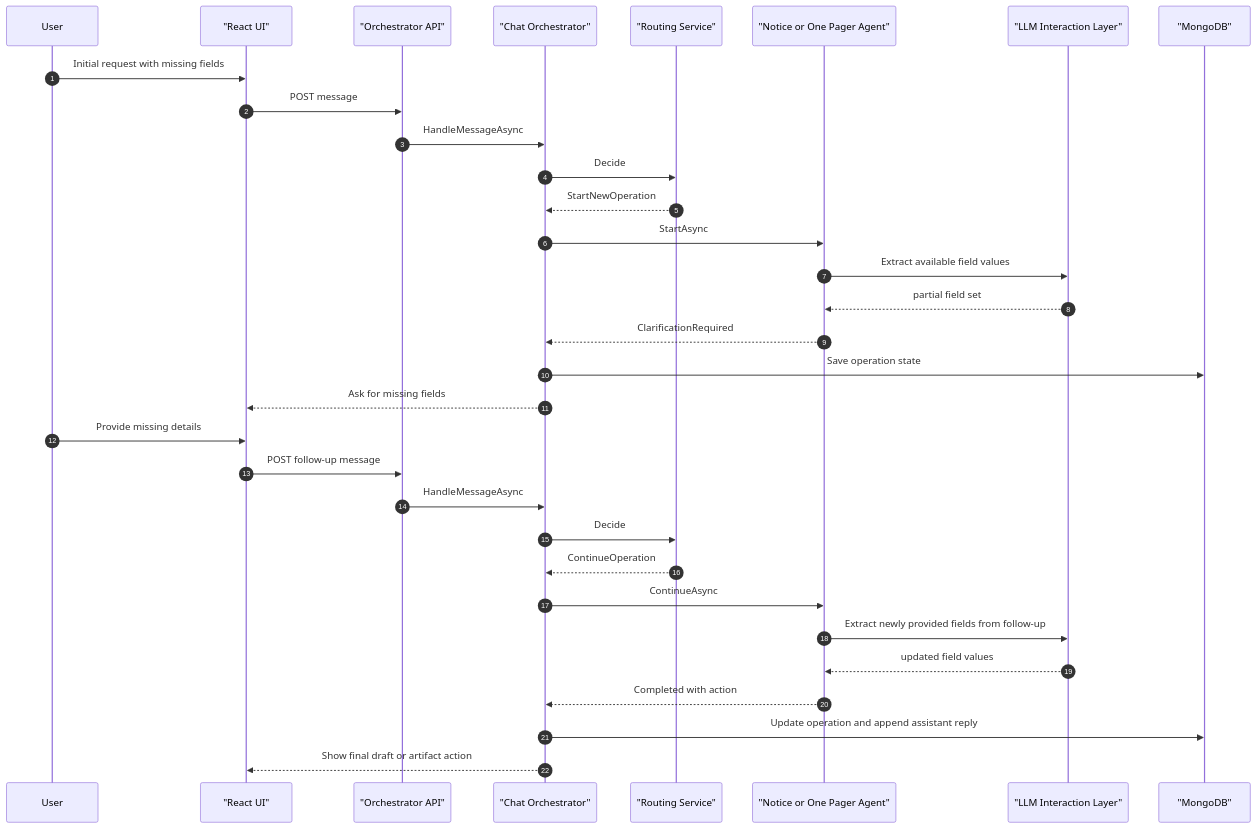
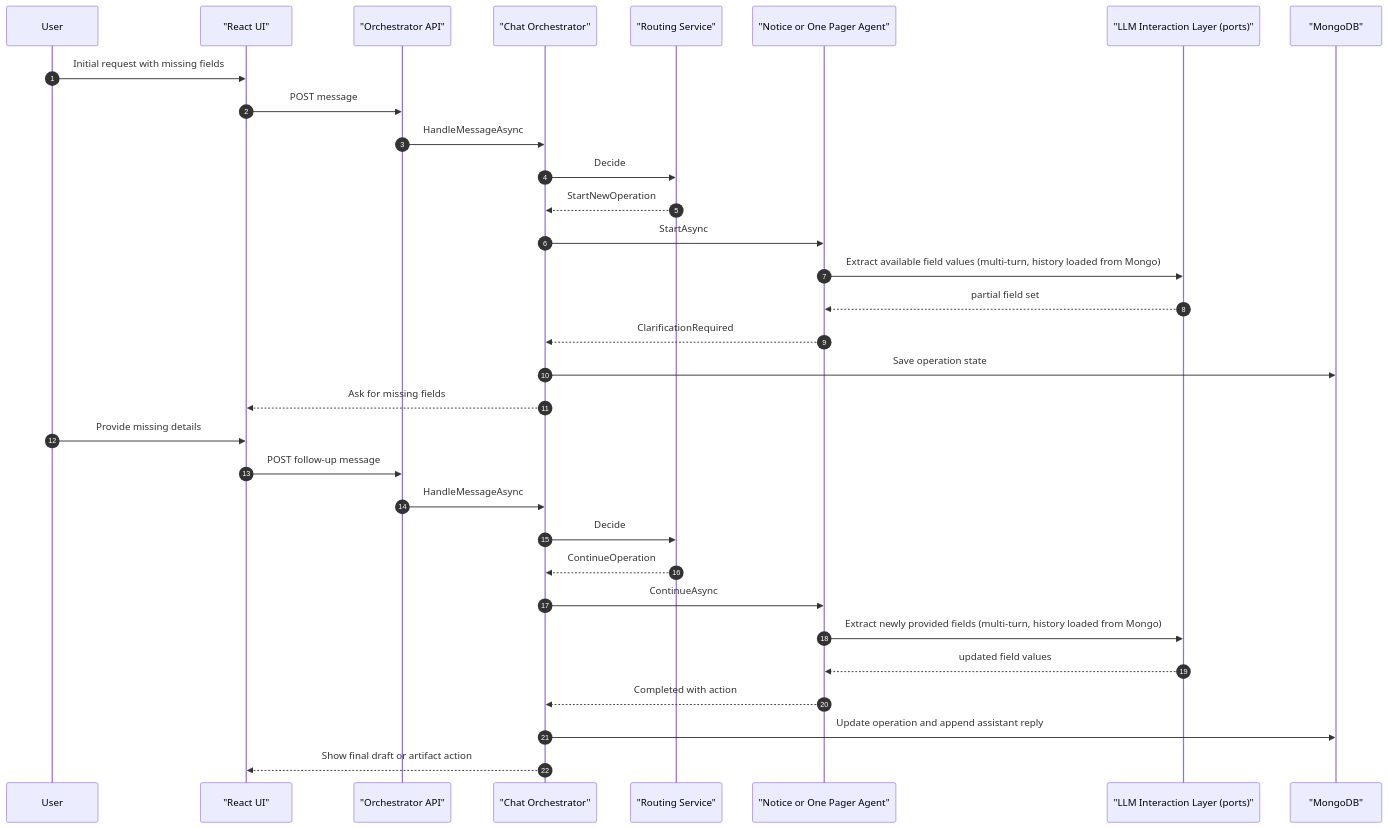
One commit to naveenpatilcbit/agentic-orchestrator changed diagram 11 of 15 in docs/system-design.md. Above: the diagram before and after it, drawn with Mermaid. The commit also changed other lines of this file, not shown here.

Commit message:
Update system design doc for clean architecture and multi-turn

````diff
--- a/docs/system-design.md
+++ b/docs/system-design.md
@@ -622,36 +635,36 @@
 ```mermaid
 sequenceDiagram
     autonumber
     participant U as User
     participant UI as "React UI"
     participant API as "Orchestrator API"
     participant CHAT as "Chat Orchestrator"
     participant ROUTER as "Routing Service"
     participant AGENT as "Notice or One Pager Agent"
-    participant LLM as "LLM Interaction Layer"
+    participant LLM as "LLM Interaction Layer (ports)"
     participant DB as "MongoDB"
 
     U->>UI: Initial request with missing fields
     UI->>API: POST message
     API->>CHAT: HandleMessageAsync
     CHAT->>ROUTER: Decide
     ROUTER-->>CHAT: StartNewOperation
     CHAT->>AGENT: StartAsync
-    AGENT->>LLM: Extract available field values
+    AGENT->>LLM: Extract available field values (multi-turn, history loaded from Mongo)
     LLM-->>AGENT: partial field set
     AGENT-->>CHAT: ClarificationRequired
     CHAT->>DB: Save operation state
     CHAT-->>UI: Ask for missing fields
 
     U->>UI: Provide missing details
     UI->>API: POST follow-up message
     API->>CHAT: HandleMessageAsync
     CHAT->>ROUTER: Decide
     ROUTER-->>CHAT: ContinueOperation
     CHAT->>AGENT: ContinueAsync
-    AGENT->>LLM: Extract newly provided fields from follow-up
+    AGENT->>LLM: Extract newly provided fields (multi-turn, history loaded from Mongo)
     LLM-->>AGENT: updated field values
     AGENT-->>CHAT: Completed with action
     CHAT->>DB: Update operation and append assistant reply
     CHAT-->>UI: Show final draft or artifact action
 ```
````
